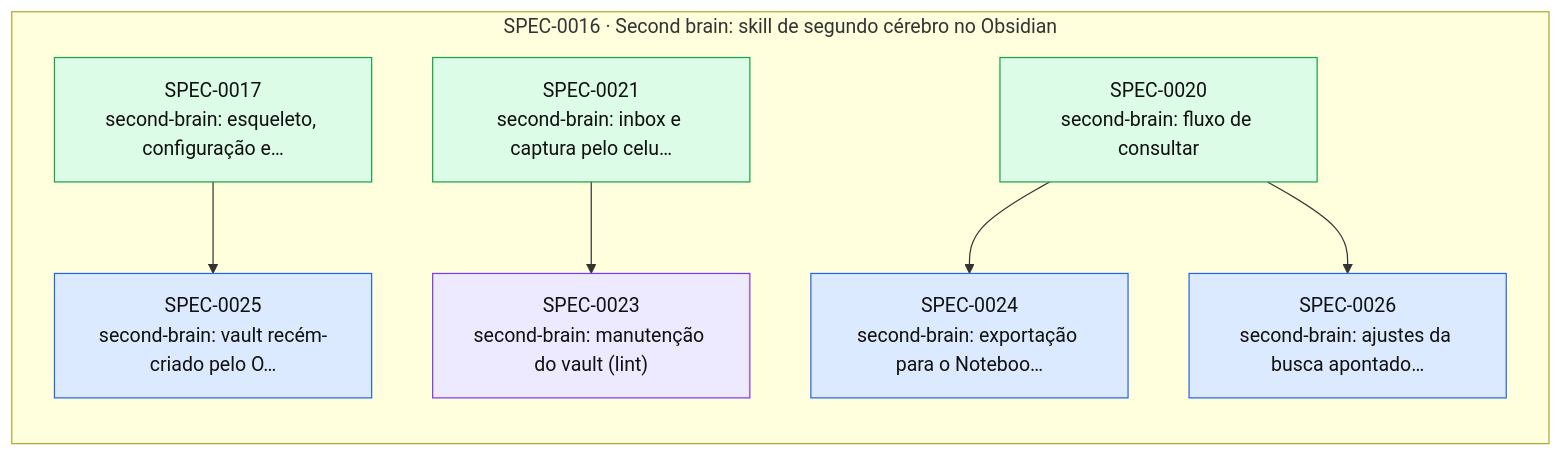
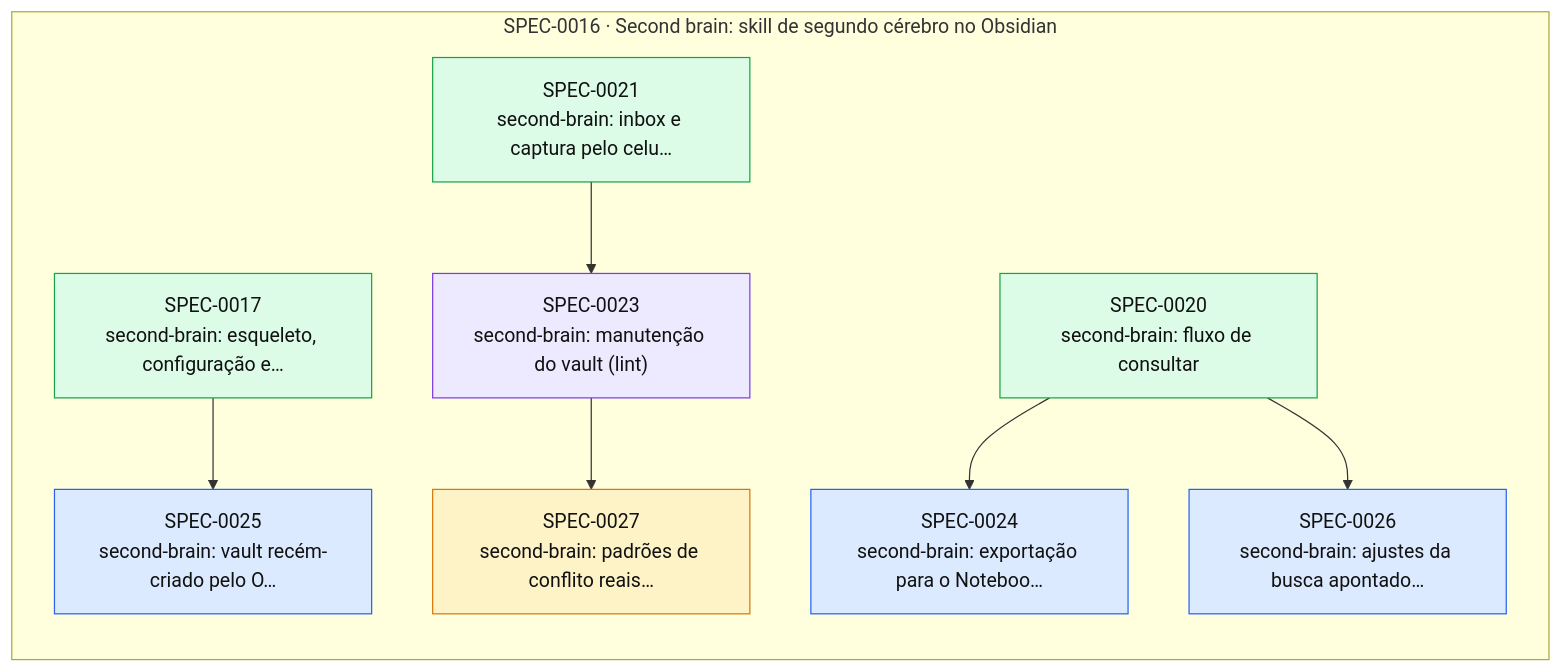
One commit to thomasravache/ai-dev-brain changed the diagram in docs/specs/INDEX.md. Above: the diagram before and after it, drawn with Mermaid. The commit also changed other lines of this file and 2 other files, not shown here.

First line of the commit message:
docs(specs): G5, H2 e G6 da SPEC-0023; emenda v2 proposta; SPEC-0027 proposta

````diff
--- a/docs/specs/INDEX.md
+++ b/docs/specs/INDEX.md
@@ -48,21 +49,23 @@
 ```mermaid
 flowchart LR
   subgraph E0016["SPEC-0016 · Second brain: skill de segundo cérebro no Obsidian"]
     S0017["SPEC-0017<br/>second-brain: esqueleto, configuração e…"]:::implemented
     S0020["SPEC-0020<br/>second-brain: fluxo de consultar"]:::implemented
     S0021["SPEC-0021<br/>second-brain: inbox e captura pelo celu…"]:::implemented
     S0023["SPEC-0023<br/>second-brain: manutenção do vault (lint)"]:::inprogress
     S0024["SPEC-0024<br/>second-brain: exportação para o Noteboo…"]:::approved
     S0025["SPEC-0025<br/>second-brain: vault recém-criado pelo O…"]:::approved
     S0026["SPEC-0026<br/>second-brain: ajustes da busca apontado…"]:::approved
+    S0027["SPEC-0027<br/>second-brain: padrões de conflito reais…"]:::proposed
   end
   S0021 --> S0023
   S0020 --> S0024
   S0017 --> S0025
   S0020 --> S0026
+  S0023 --> S0027
   classDef proposed fill:#fef3c7,stroke:#d97706,color:#111
   classDef approved fill:#dbeafe,stroke:#2563eb,color:#111
   classDef inprogress fill:#ede9fe,stroke:#7c3aed,color:#111
   classDef implemented fill:#dcfce7,stroke:#16a34a,color:#111
   classDef deprecated fill:#f3f4f6,stroke:#9ca3af,color:#6b7280
 ```
````
